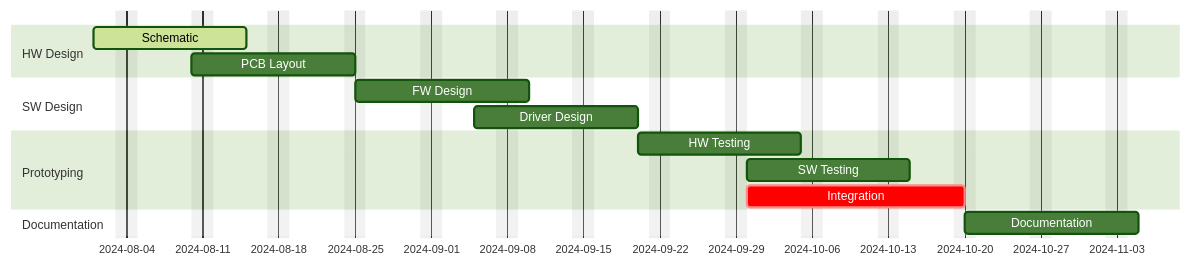
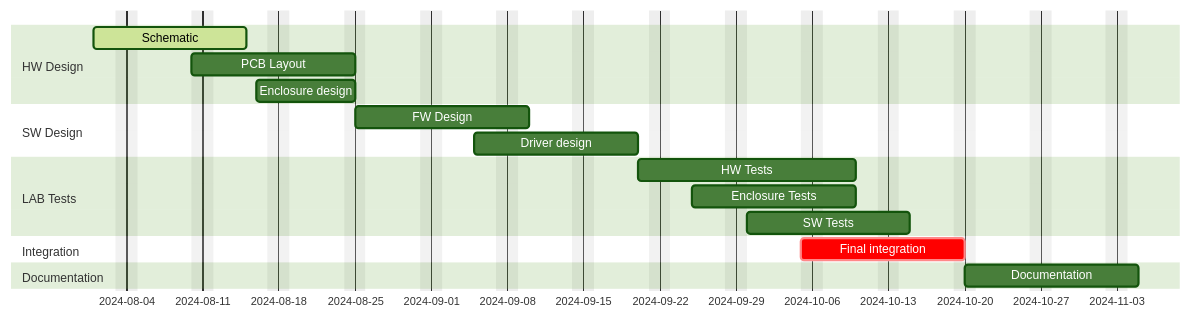
Before and after one commit to Qualcuno-TM/DewHeater-TM: the diagram in README.md, drawn with Mermaid (forest theme).

````diff
--- a/README.md
+++ b/README.md
@@ -7,27 +7,31 @@
 ```mermaid
 
 gantt
 dateFormat  YYYY-MM-DD
 %%title       TIMELINE
 excludes    weekends
 %% (`excludes` accepts specific dates in YYYY-MM-DD format, days of the week ("sunday") or "weekends", but not the word "weekdays".)
 
 section HW Design
     Schematic                           :active, des1, 2024-08-01, 2024-08-15
     PCB Layout                          :des2, 2024-08-10, 2024-08-25
+    Enclosure design                    :des3, 2024-08-16, 2024-08-25
     
 section SW Design
-    FW Design                           :des3, 2024-08-25, 2024-09-10
-    Driver Design                       :des4, 2024-09-05, 2024-09-20
+    FW Design                           :des5, 2024-08-25, 2024-09-10
+    Driver design                       :des6, 2024-09-05, 2024-09-20
 
-section Prototyping
-    HW Testing                          :des5, 2024-09-20, 2024-10-05
-    SW Testing                          :des6, 2024-09-30, 2024-10-15
-    Integration                         :crit, 2024-09-30, 2024-10-20
+section LAB Tests
+    HW Tests                            :des7, 2024-09-20, 2024-10-10
+    Enclosure Tests                     :des4, 2024-09-25, 2024-10-10
+    SW Tests                            :des8, 2024-09-30, 2024-10-15
+
+section Integration
+    Final integration                   :crit, dest10, 2024-10-05, 2024-10-20
 
 section Documentation
     Documentation                       :2024-10-20, 2024-11-05
 
 section Production?
 
 ```
````
